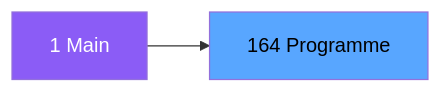
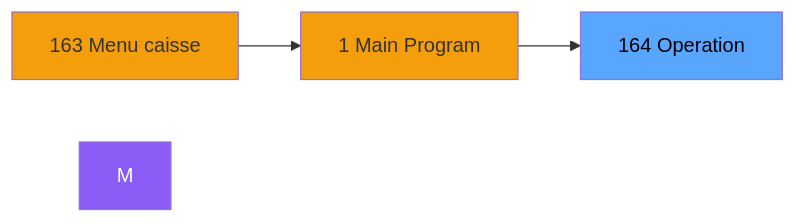
Before and after one commit to thonyAGP/magic-migration: the second of 3 diagrams in .openspec/specs/ADH-IDE-164.md, drawn with Mermaid. The commit also changed other lines of this file and 323 other files, not shown here.

````diff
--- a/.openspec/specs/ADH-IDE-164.md
+++ b/.openspec/specs/ADH-IDE-164.md
@@ -98,8 +108,12 @@
 ```mermaid
 graph LR
-    M[1 Main]
-    T[164 Programme]
-    M --> T
+    N163[163 Menu caisse ]
+    N1[1 Main Program]
+    T[164    Operation]
+    N163 --> N1
+    N1 --> T
     style M fill:#8b5cf6,color:#fff
+    style N163 fill:#f59e0b
+    style N1 fill:#f59e0b
     style T fill:#58a6ff,color:#000
 ```
````
